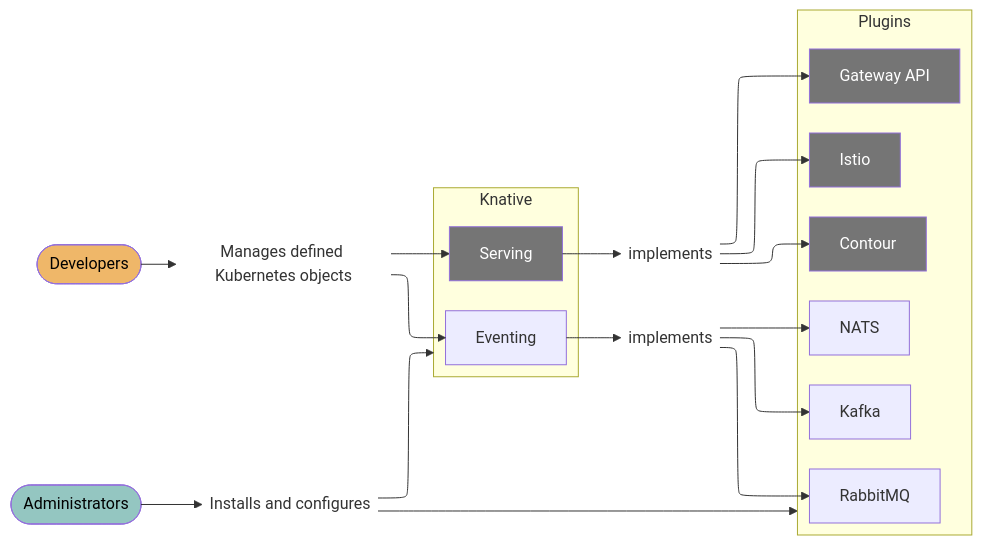
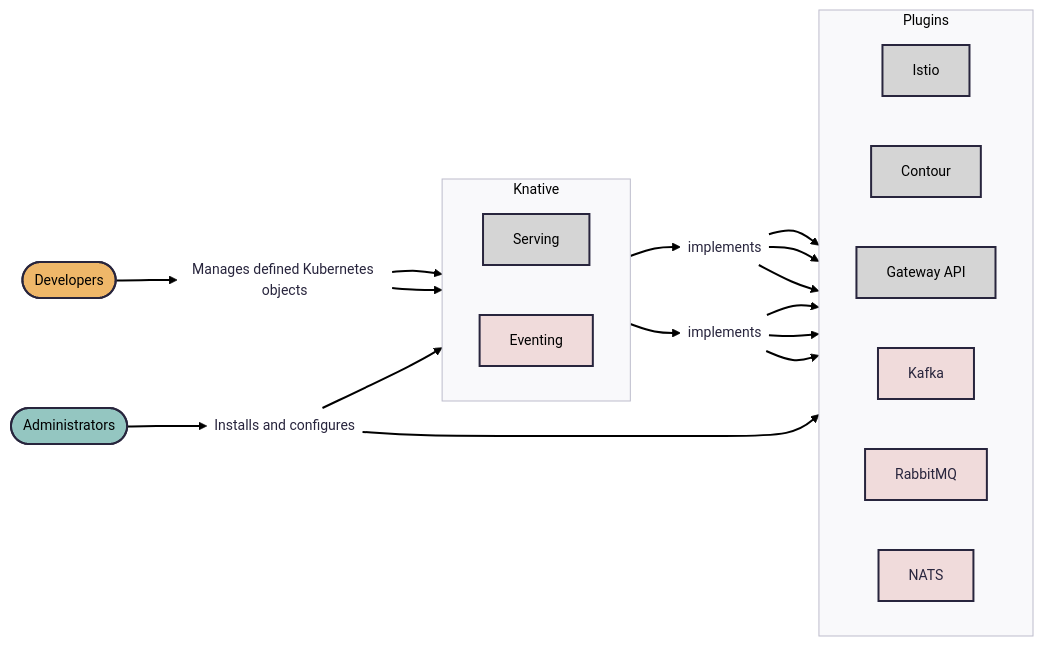
Before and after one commit to knative/docs: the diagram in docs/versioned/admin/admin-overview.md, drawn with Mermaid.

Commit message:
Update admin-overview.md
Mermaid testing

````diff
--- a/docs/versioned/admin/admin-overview.md
+++ b/docs/versioned/admin/admin-overview.md
@@ -12,41 +12,46 @@
 ```mermaid
 ---
 config:
-  theme: mc
-  layout: elk
+  theme: redux
+  layout: dagre
   look: classic
 ---
 flowchart LR
  subgraph Knative["Knative"]
     direction LR
         Serving["Serving"]
         Eventing["Eventing"]
   end
  subgraph Plugins["Plugins"]
     direction LR
         net-istio["Istio"]
         net-contour["Contour"]
         net-gateway-api["Gateway API"]
         event-kafka["Kafka"]
         event-rabbitmq["RabbitMQ"]
         event-nats["NATS"]
   end
     Dev(["Developers"]) --> dev-acts["Manages defined Kubernetes objects"]
     dev-acts --> Serving & Eventing
     Admin(["Administrators"]) --> admin-acts["Installs and configures"]
     admin-acts --> Knative & Plugins
     Serving --> net-impl["implements"]
     net-impl --> net-istio & net-contour & net-gateway-api
     Eventing --> event-impl["implements"]
     event-impl --> event-kafka & event-rabbitmq & event-nats
     dev-acts@{ shape: text}
     admin-acts@{ shape: text}
     net-impl@{ shape: text}
     event-impl@{ shape: text}
-    style Serving fill:#757575,color:#FFFFFF
-    style net-istio fill:#757575,color:#FFFFFF
-    style net-contour fill:#757575,color:#FFFFFF
-    style net-gateway-api fill:#757575,color:#FFFFFF
+    style Serving fill:#D5D5D5,color:#000000
+    style Eventing fill:#F0DBDB,color:#000000
+    style net-istio fill:#D5D5D5,color:#000000
+    style net-contour fill:#D5D5D5,color:#000000
+    style net-gateway-api fill:#D5D5D5,color:#000000
+    style event-kafka fill:#F0DBDB
+    style event-rabbitmq fill:#F0DBDB
+    style event-nats fill:#F0DBDB
     style Dev fill:#EFB769,color:#000000
     style Admin fill:#94C6C1,color:#000000
+
 ```
````
